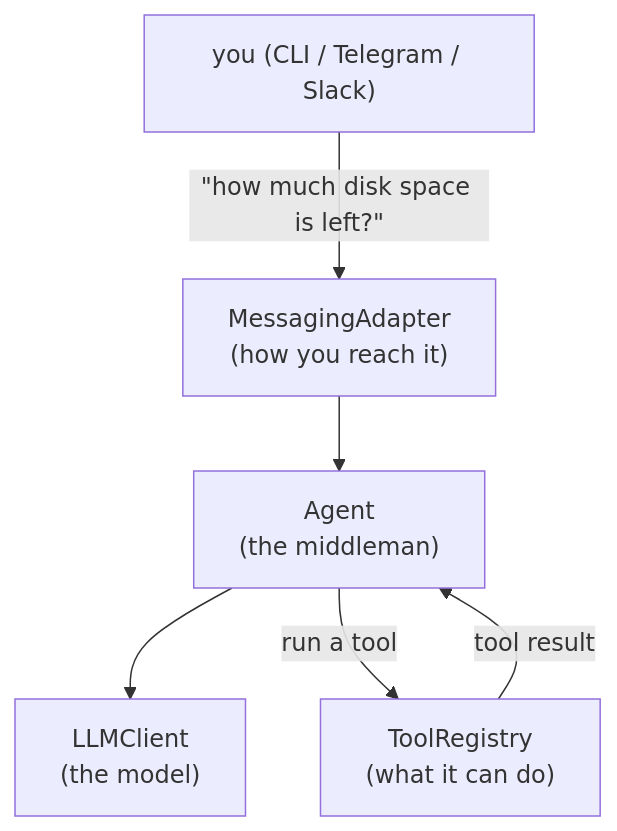
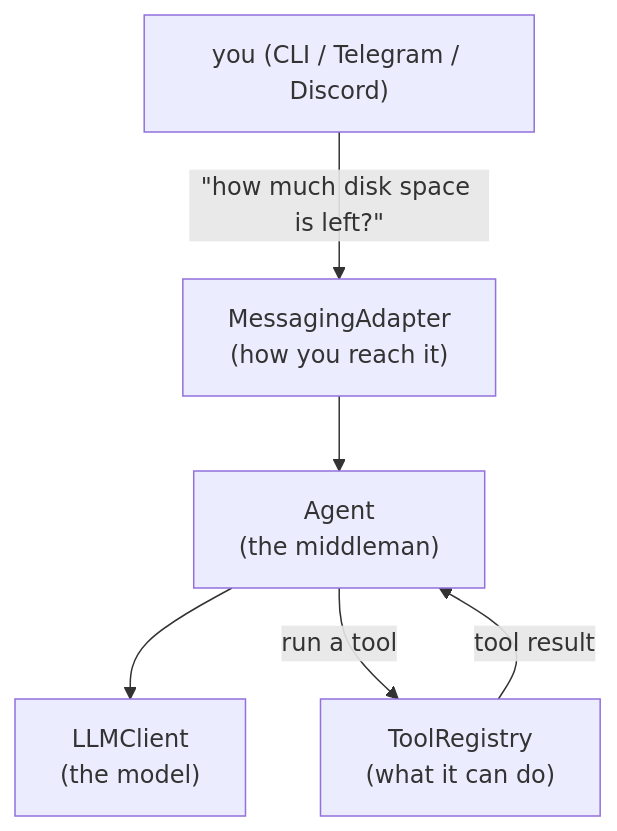
One commit to lesysbot/lesysbot changed the first of 3 diagrams in docs/architecture.md. Above: the diagram before and after it, drawn with Mermaid. The commit also changed other lines of this file and 52 other files, not shown here.

````diff
--- a/docs/architecture.md
+++ b/docs/architecture.md
@@ -19,8 +19,8 @@
 ```mermaid
 flowchart TD
-    you["you (CLI / Telegram / Slack)"] -- "&quot;how much disk space is left?&quot;" --> adapter["MessagingAdapter<br>(how you reach it)"]
+    you["you (CLI / Telegram / Discord)"] -- "&quot;how much disk space is left?&quot;" --> adapter["MessagingAdapter<br>(how you reach it)"]
     adapter --> agent["Agent<br>(the middleman)"]
     agent --> llm["LLMClient<br>(the model)"]
     agent -- "run a tool" --> registry["ToolRegistry<br>(what it can do)"]
     registry -- "tool result" --> agent
 ```
````
